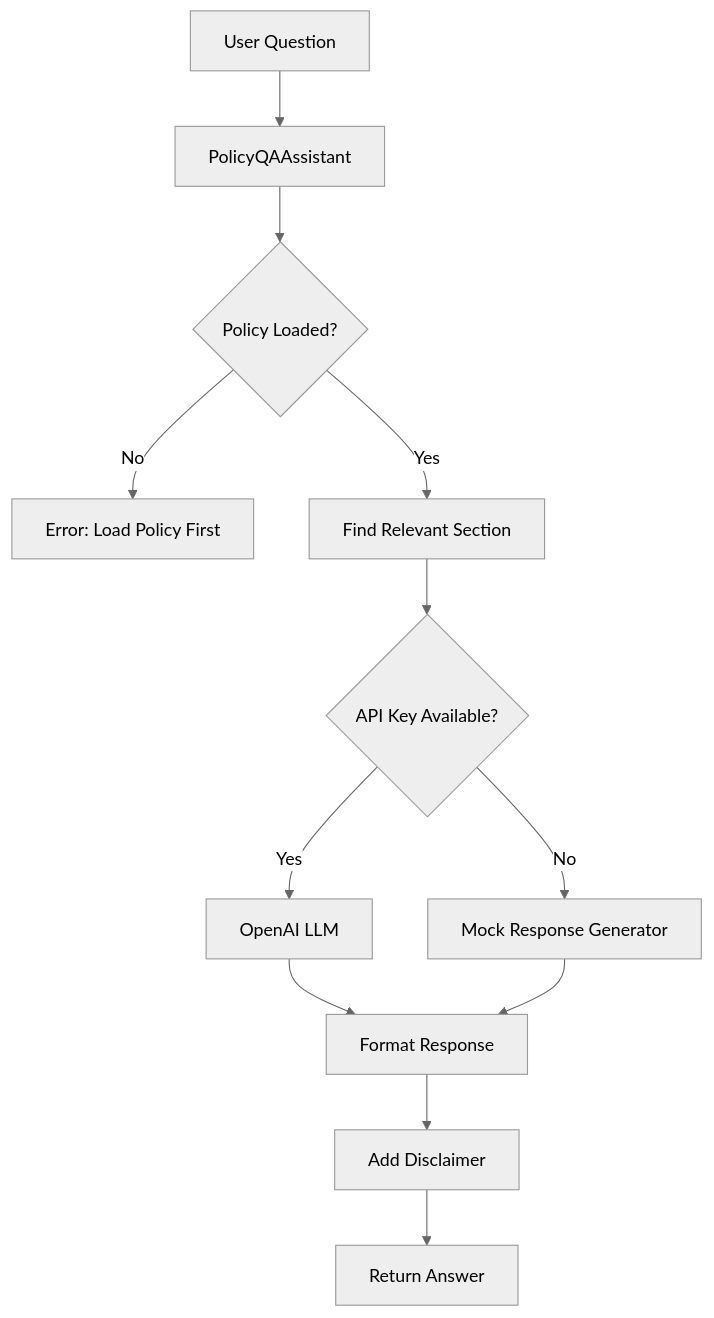
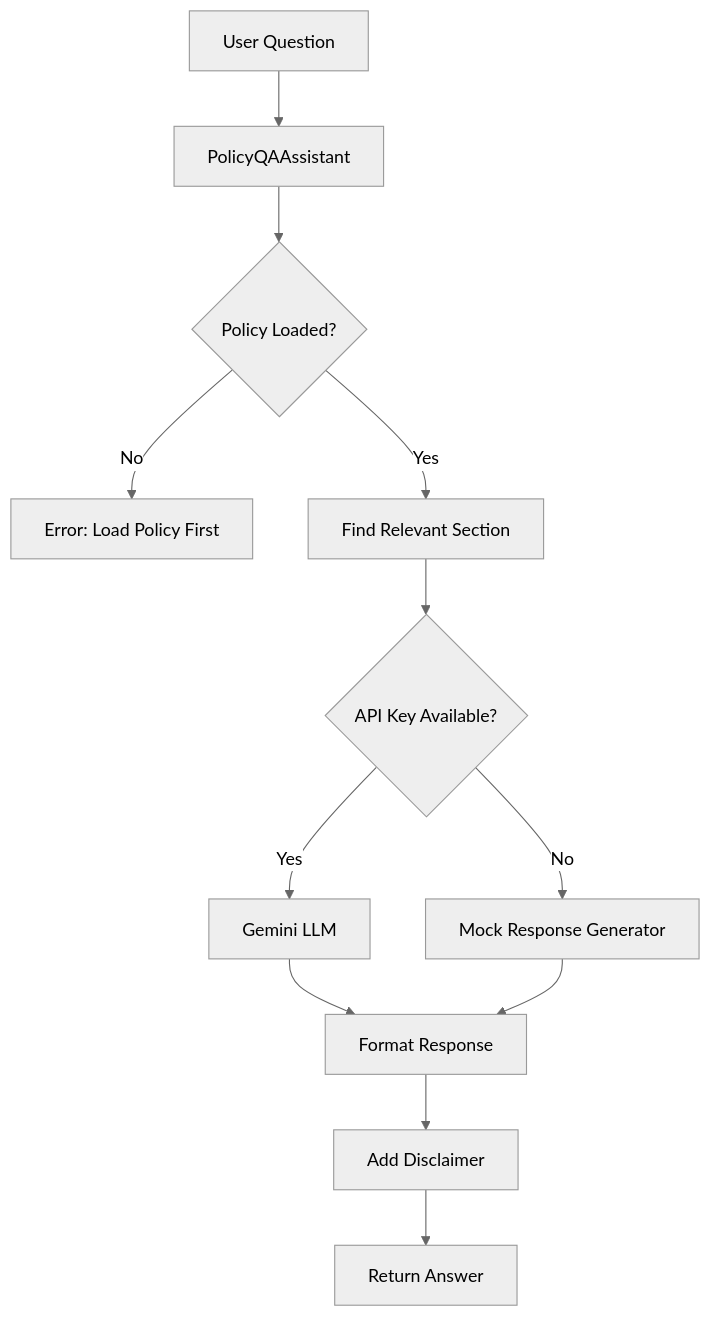
One commit to vikasvs007/assisto changed the diagram in README.md. Above: the diagram before and after it, drawn with Mermaid (neutral theme).

Commit message:
new features on the app

````diff
--- a/README.md
+++ b/README.md
@@ -63,14 +63,14 @@
 ```mermaid
 graph TD
     A[User Question] --> B[PolicyQAAssistant]
     B --> C{Policy Loaded?}
     C -->|No| D[Error: Load Policy First]
     C -->|Yes| E[Find Relevant Section]
     E --> F{API Key Available?}
-    F -->|Yes| G[OpenAI LLM]
+    F -->|Yes| G[Gemini LLM]
     F -->|No| H[Mock Response Generator]
     G --> I[Format Response]
     H --> I
     I --> J[Add Disclaimer]
     J --> K[Return Answer]
 ```
````
